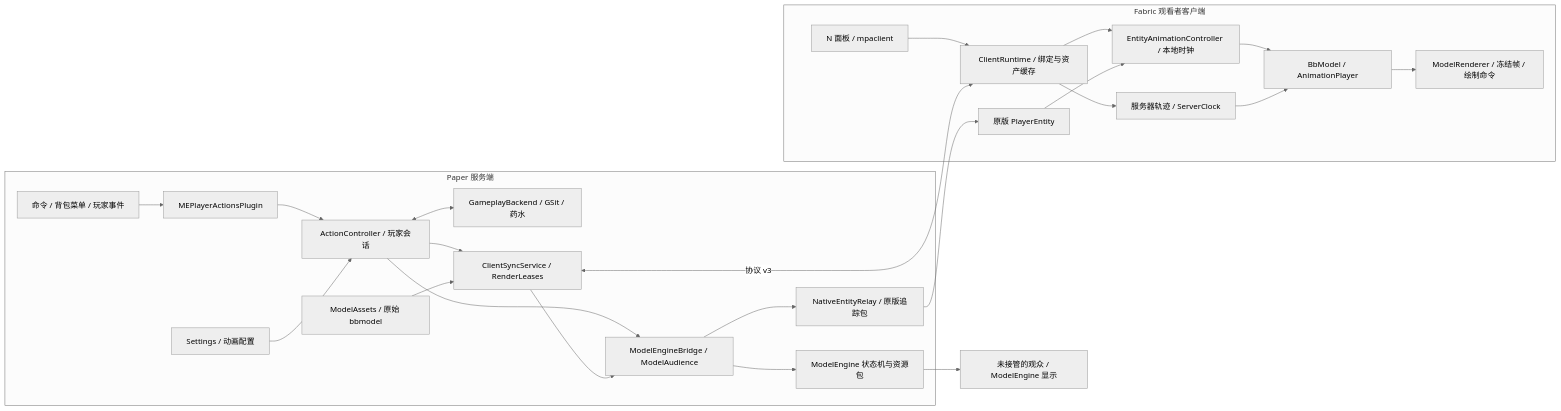
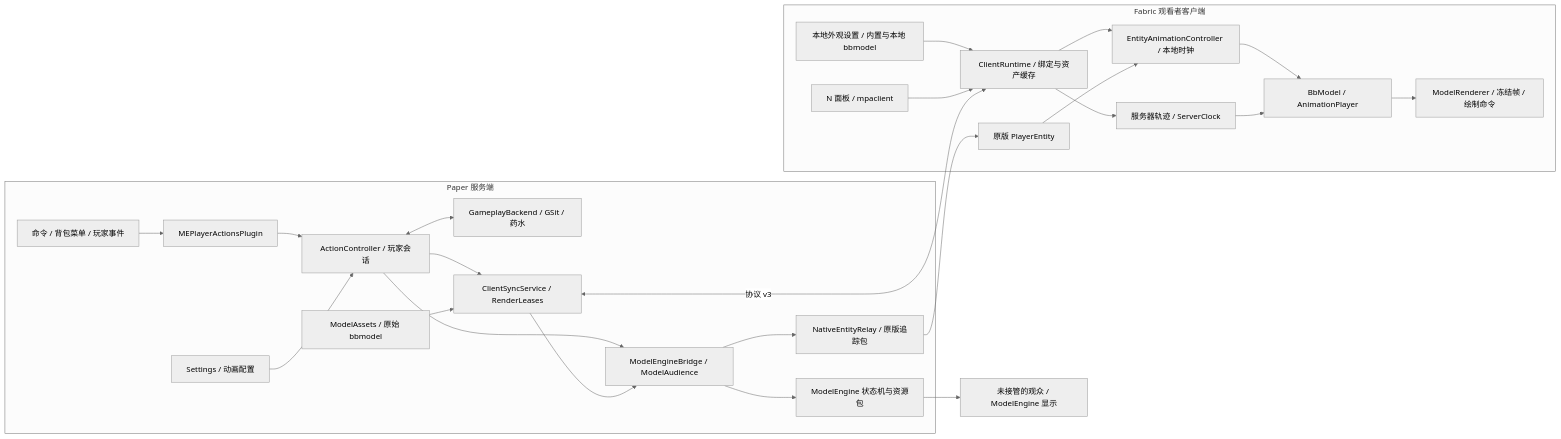
Before and after one commit to uwuhhhj/MEPlayerActions: the first of 2 diagrams in ARCHITECTURE.md, drawn with Mermaid (neutral theme). The commit also changed other lines of this file and 76 other files, not shown here.

````diff
--- a/ARCHITECTURE.md
+++ b/ARCHITECTURE.md
@@ -23,43 +35,45 @@
 ```mermaid
 flowchart LR
     subgraph S[Paper 服务端]
         Input[命令 / 背包菜单 / 玩家事件]
         Entry[MEPlayerActionsPlugin]
         Settings[Settings / 动画配置]
         Actions[ActionController / 玩家会话]
         Gameplay[GameplayBackend / GSit / 药水]
         Bridge[ModelEngineBridge / ModelAudience]
         Engine[ModelEngine 状态机与资源包]
         Sync[ClientSyncService / RenderLeases]
         Assets[ModelAssets / 原始 bbmodel]
         Relay[NativeEntityRelay / 原版追踪包]
         Input --> Entry --> Actions
         Settings --> Actions
         Actions <--> Gameplay
         Actions --> Bridge --> Engine
         Actions --> Sync
         Sync --> Bridge
         Assets --> Sync
         Bridge --> Relay
     end
     Vanilla[未接管的观众 / ModelEngine 显示]
     Engine --> Vanilla
     subgraph C[Fabric 观看者客户端]
         Runtime[ClientRuntime / 绑定与资产缓存]
         Entity[原版 PlayerEntity]
         Motion[EntityAnimationController / 本地时钟]
         Timeline[服务器轨迹 / ServerClock]
         Model[BbModel / AnimationPlayer]
         Renderer[ModelRenderer / 冻结帧 / 绘制命令]
         UI[N 面板 / mpaclient]
+        Local[本地外观设置 / 内置与本地 bbmodel]
         Runtime --> Motion
+        Local --> Runtime
         Entity --> Motion
         Runtime --> Timeline
         Motion --> Model
         Timeline --> Model
         Model --> Renderer
         UI --> Runtime
     end
     Sync <-->|协议 v3| Runtime
     Relay --> Entity
 ```
````
